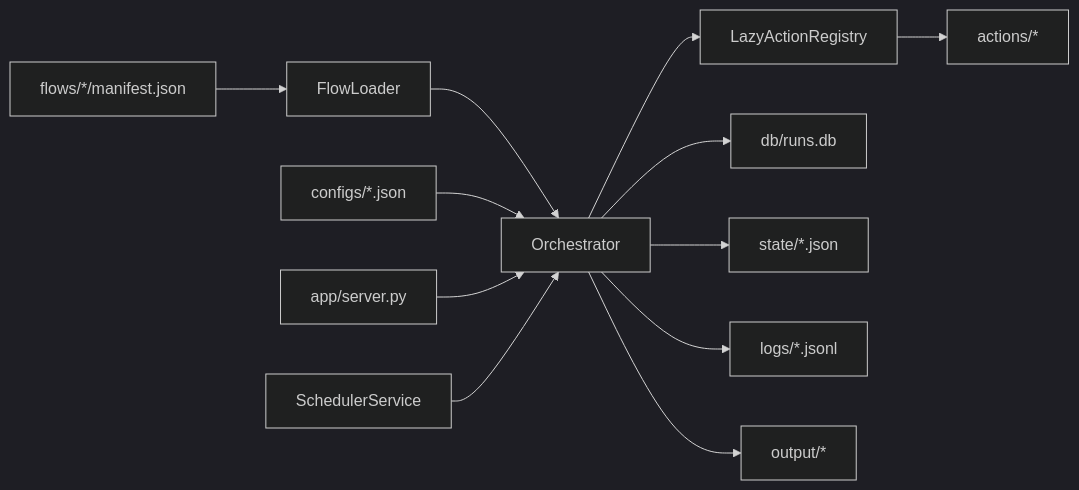
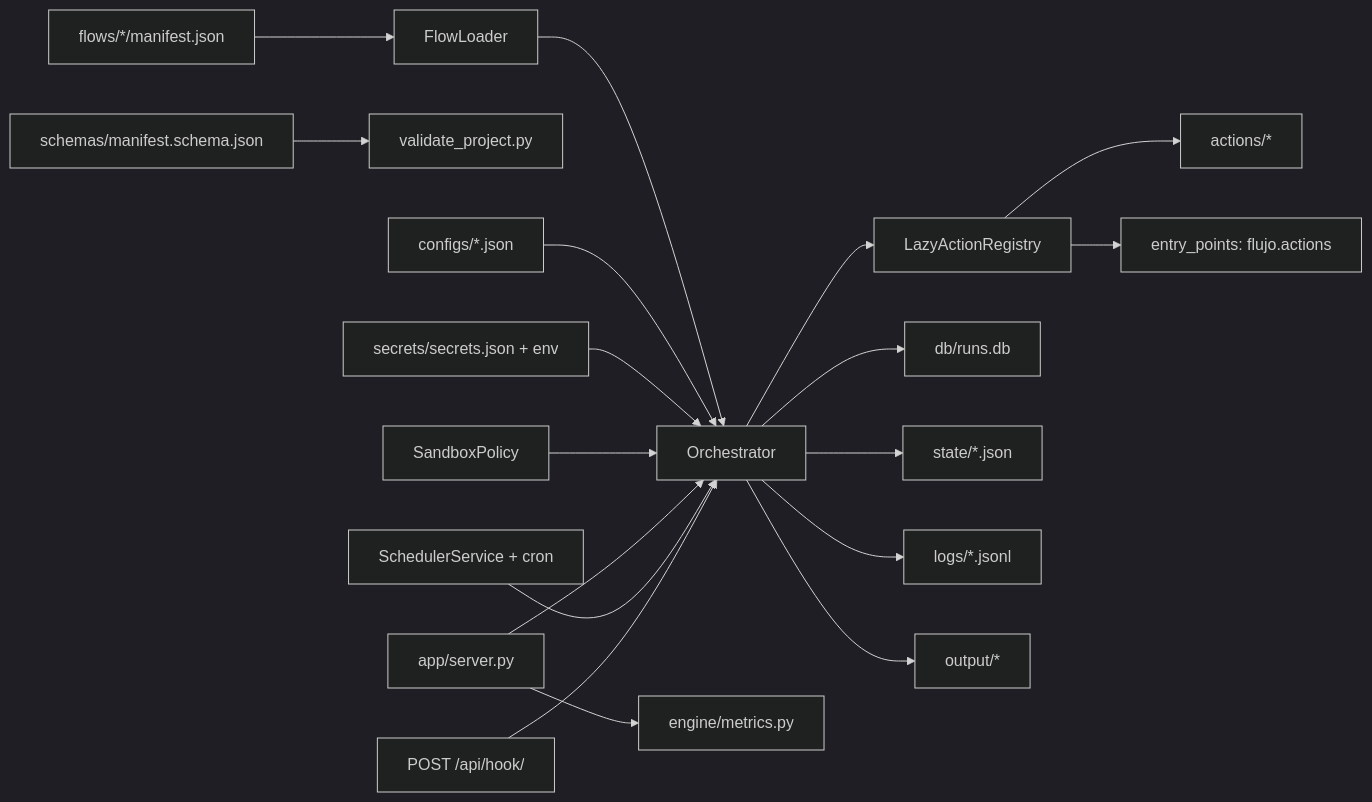
The diagram in README.md (vladimiracunadev-create/flujo-autonomo-repo), drawn with Mermaid (dark theme) before and after one commit. The commit also changed other lines of this file and 8 other files, not shown here.

````diff
--- a/README.md
+++ b/README.md
@@ -96,14 +114,20 @@
 ```mermaid
 flowchart LR
     Flow["flows/*/manifest.json"] --> Loader["FlowLoader"]
     Loader --> Orchestrator["Orchestrator"]
+    Schema["schemas/manifest.schema.json"] --> Validator["validate_project.py"]
     Config["configs/*.json"] --> Orchestrator
+    Secrets["secrets/secrets.json + env"] --> Orchestrator
+    Sandbox["SandboxPolicy"] --> Orchestrator
     Orchestrator --> Registry["LazyActionRegistry"]
-    Registry --> Actions["actions/*"]
+    Registry --> Builtin["actions/*"]
+    Registry --> External["entry_points: flujo.actions"]
     Orchestrator --> DB["db/runs.db"]
     Orchestrator --> State["state/*.json"]
     Orchestrator --> Logs["logs/*.jsonl"]
     Orchestrator --> Output["output/*"]
     Panel["app/server.py"] --> Orchestrator
-    Scheduler["SchedulerService"] --> Orchestrator
+    Panel --> Metrics["engine/metrics.py"]
+    Scheduler["SchedulerService + cron"] --> Orchestrator
+    Webhook["POST /api/hook/<folder>"] --> Orchestrator
 ```
````
